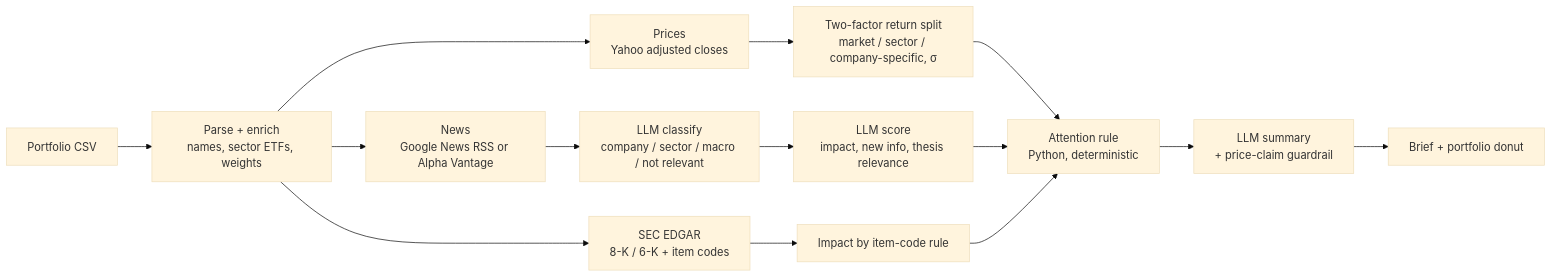
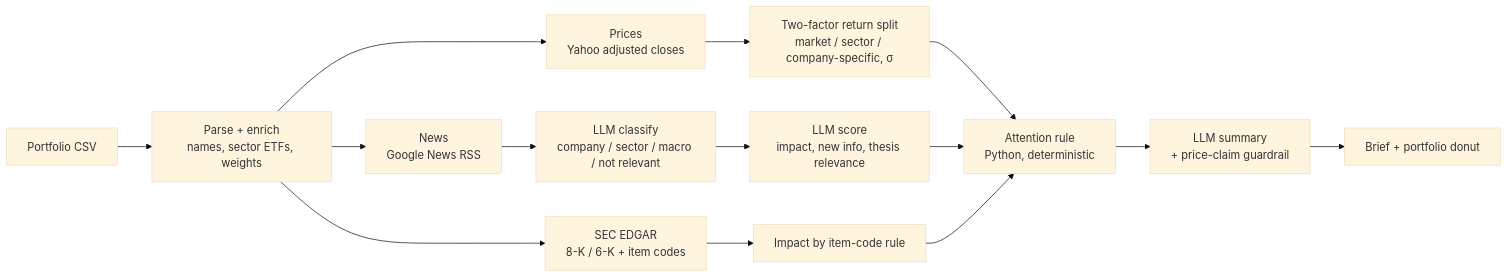
One commit to yjoshi-sudo/sharpe changed the diagram in README.md. Above: the diagram before and after it, drawn with Mermaid (base theme). The commit also changed other lines of this file and 13 other files, not shown here.

````diff
--- a/README.md
+++ b/README.md
@@ -118,16 +119,16 @@
 ```mermaid
 flowchart LR
     A[Portfolio CSV] --> B[Parse + enrich<br/>names, sector ETFs, weights]
     B --> C[Prices<br/>Yahoo adjusted closes]
     C --> D[Two-factor return split<br/>market / sector / company-specific, σ]
-    B --> E[News<br/>Google News RSS or Alpha Vantage]
+    B --> E[News<br/>Google News RSS]
     B --> F[SEC EDGAR<br/>8-K / 6-K + item codes]
     E --> G[LLM classify<br/>company / sector / macro / not relevant]
     G --> H[LLM score<br/>impact, new info, thesis relevance]
     F --> I[Impact by item-code rule]
     D --> J[Attention rule<br/>Python, deterministic]
     H --> J
     I --> J
     J --> K[LLM summary<br/>+ price-claim guardrail]
     K --> L[Brief + portfolio donut]
 ```
````
